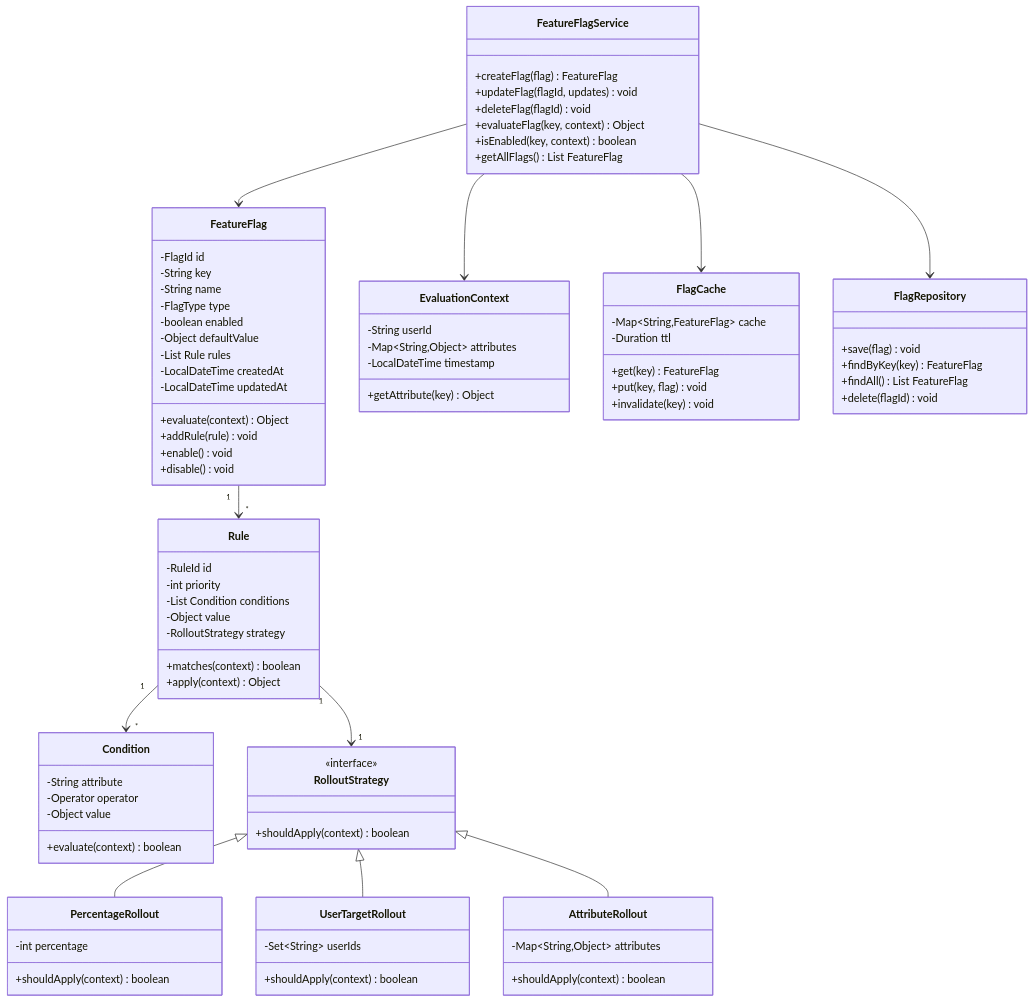
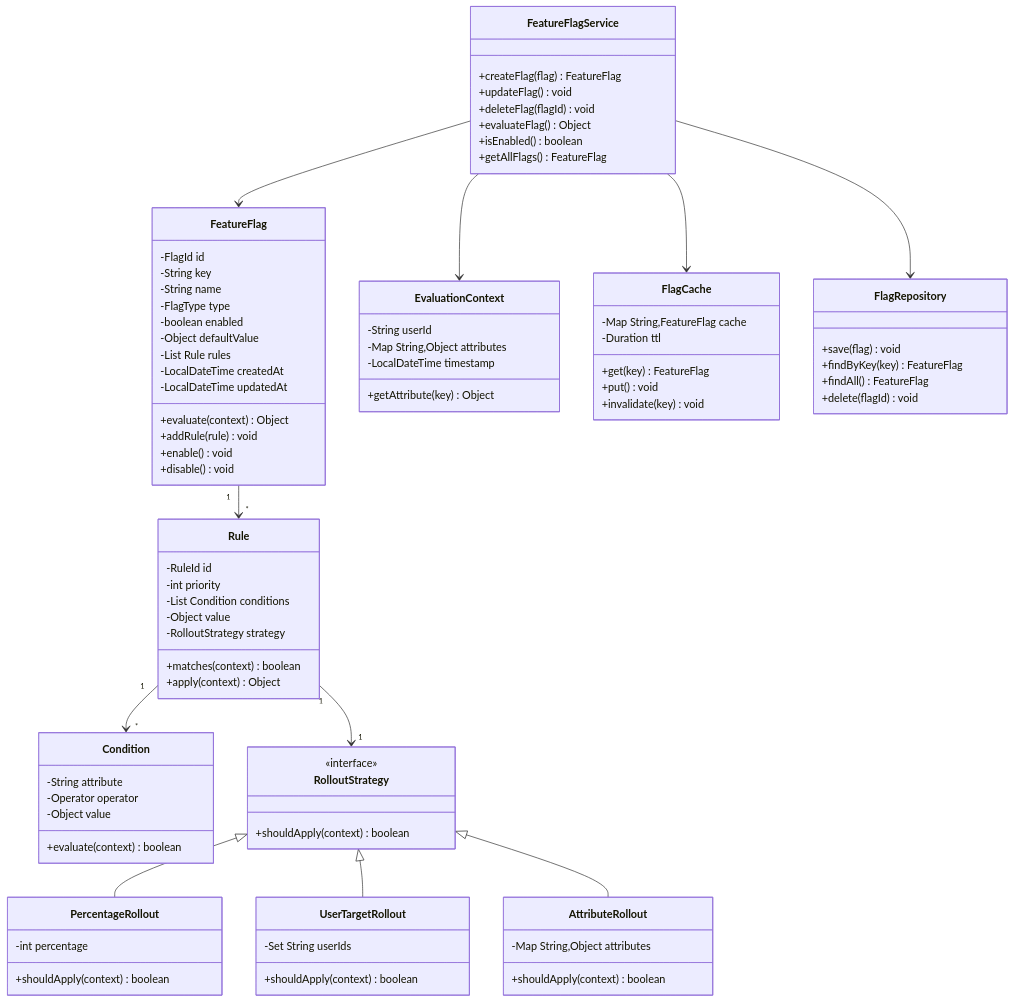
Before and after one commit to dlkr18/lld-playbook: the diagram in docs/problems/featureflags/README.md, drawn with Mermaid. The commit also changed 29 other files, not shown here.

First line of the commit message:
Fix Mermaid rendering: downgrade to v9, aggressive classDiagram sanitization.

```diff
--- a/docs/problems/featureflags/README.md
+++ b/docs/problems/featureflags/README.md
@@ -101,43 +101,43 @@
     }
 
     class UserTargetRollout {
-        -Set~String~ userIds
+        -Set String userIds
         +shouldApply(context) boolean
     }
 
     class AttributeRollout {
-        -Map~String,Object~ attributes
+        -Map String,Object attributes
         +shouldApply(context) boolean
     }
 
     class EvaluationContext {
         -String userId
-        -Map~String,Object~ attributes
+        -Map String,Object attributes
         -LocalDateTime timestamp
         +getAttribute(key) Object
     }
 
     class FeatureFlagService {
         +createFlag(flag) FeatureFlag
-        +updateFlag(flagId, updates) void
+        +updateFlag() void
         +deleteFlag(flagId) void
-        +evaluateFlag(key, context) Object
-        +isEnabled(key, context) boolean
-        +getAllFlags() List FeatureFlag
+        +evaluateFlag() Object
+        +isEnabled() boolean
+        +getAllFlags() FeatureFlag
     }
 
     class FlagCache {
-        -Map~String,FeatureFlag~ cache
+        -Map String,FeatureFlag cache
         -Duration ttl
         +get(key) FeatureFlag
-        +put(key, flag) void
+        +put() void
         +invalidate(key) void
     }
 
     class FlagRepository {
         +save(flag) void
         +findByKey(key) FeatureFlag
-        +findAll() List FeatureFlag
+        +findAll() FeatureFlag
         +delete(flagId) void
     }
 
```
